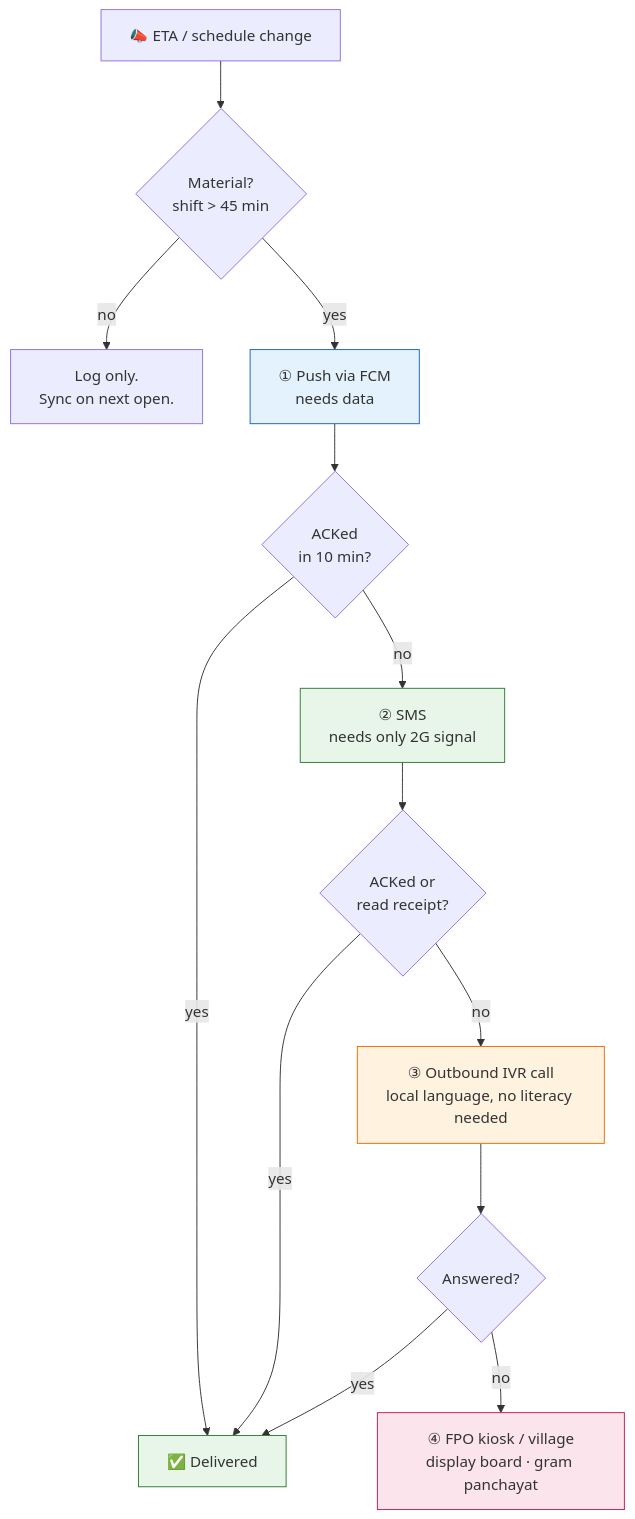
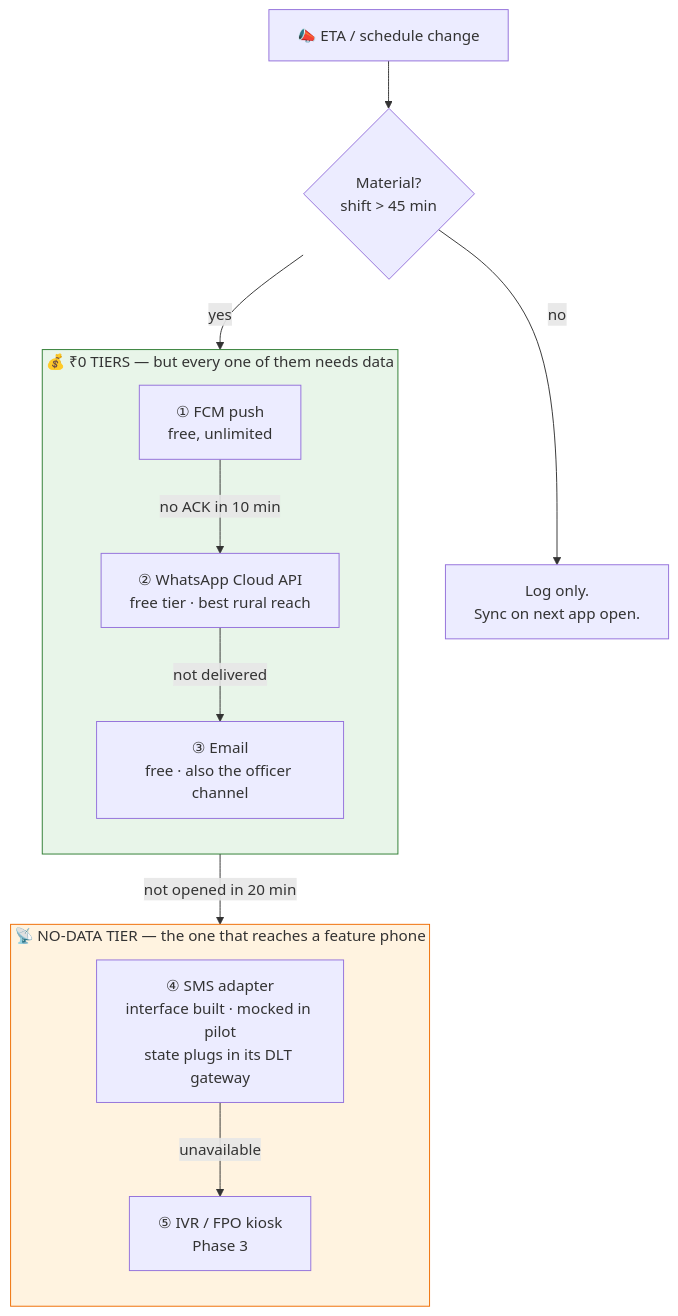
The seventh of 18 diagrams in README.md (PanavPatel06/SIH2026), drawn with Mermaid before and after one commit. The commit also changed other lines of this file and 52 other files, not shown here.

````diff
--- a/README.md
+++ b/README.md
@@ -316,24 +318,24 @@
 ```mermaid
 flowchart TD
     CH["📣 ETA / schedule change"] --> MAT{"Material?<br/>shift > 45 min"}
-    MAT -->|no| LOG["Log only.<br/>Sync on next open."]
-    MAT -->|yes| P["① Push via FCM<br/>needs data"]
+    MAT -->|no| LOG["Log only.<br/>Sync on next app open."]
+    MAT -->|yes| P
 
-    P --> ACK{"ACKed<br/>in 10 min?"}
-    ACK -->|yes| DONE["✅ Delivered"]
-    ACK -->|no| S["② SMS<br/>needs only 2G signal"]
+    subgraph FREE["💰 ₹0 TIERS — but every one of them needs data"]
+        direction TB
+        P["① FCM push<br/>free, unlimited"] -->|"no ACK in 10 min"| W
+        W["② WhatsApp Cloud API<br/>free tier · best rural reach"] -->|"not delivered"| E
+        E["③ Email<br/>free · also the officer channel"]
+    end
 
-    S --> ACK2{"ACKed or<br/>read receipt?"}
-    ACK2 -->|yes| DONE
-    ACK2 -->|no| I["③ Outbound IVR call<br/>local language, no literacy needed"]
+    E -->|"not opened in 20 min"| S
 
-    I --> ACK3{"Answered?"}
-    ACK3 -->|yes| DONE
-    ACK3 -->|no| K["④ FPO kiosk / village<br/>display board · gram panchayat"]
+    subgraph NODATA["📡 NO-DATA TIER — the one that reaches a feature phone"]
+        direction TB
+        S["④ SMS adapter<br/>interface built · mocked in pilot<br/>state plugs in its DLT gateway"] -->|"unavailable"| I
+        I["⑤ IVR / FPO kiosk<br/>Phase 3"]
+    end
 
-    style P fill:#e3f2fd,stroke:#1565c0
-    style S fill:#e8f5e9,stroke:#2e7d32
-    style I fill:#fff3e0,stroke:#ef6c00
-    style K fill:#fce4ec,stroke:#c2185b
-    style DONE fill:#e8f5e9,stroke:#2e7d32
+    style FREE fill:#e8f5e9,stroke:#2e7d32
+    style NODATA fill:#fff3e0,stroke:#ef6c00
 ```
````
